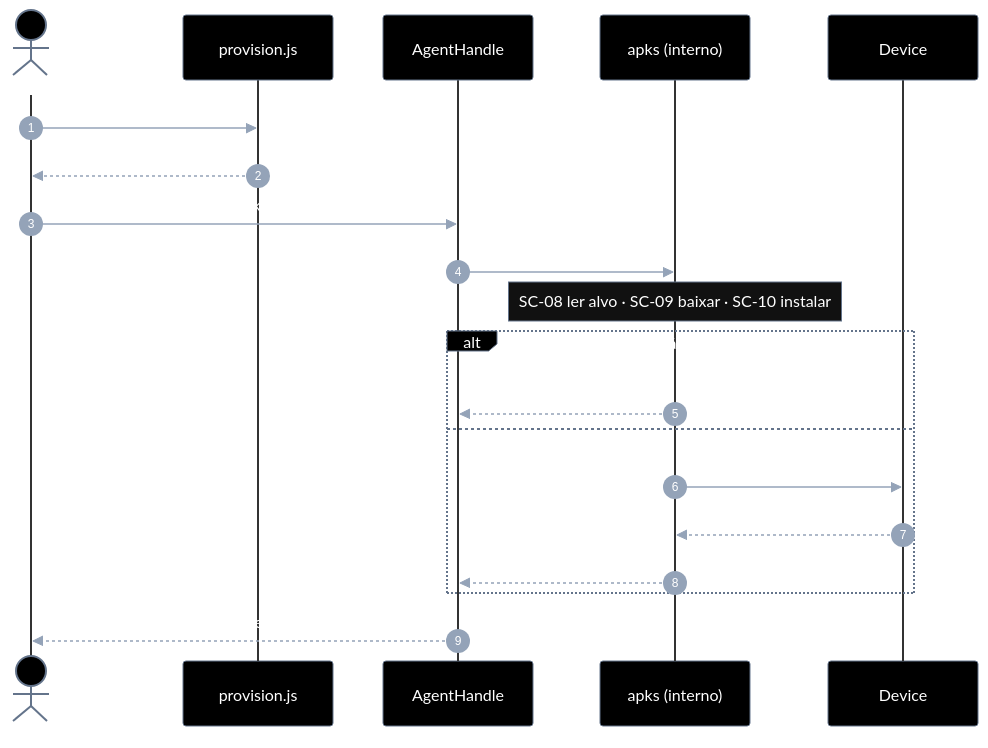
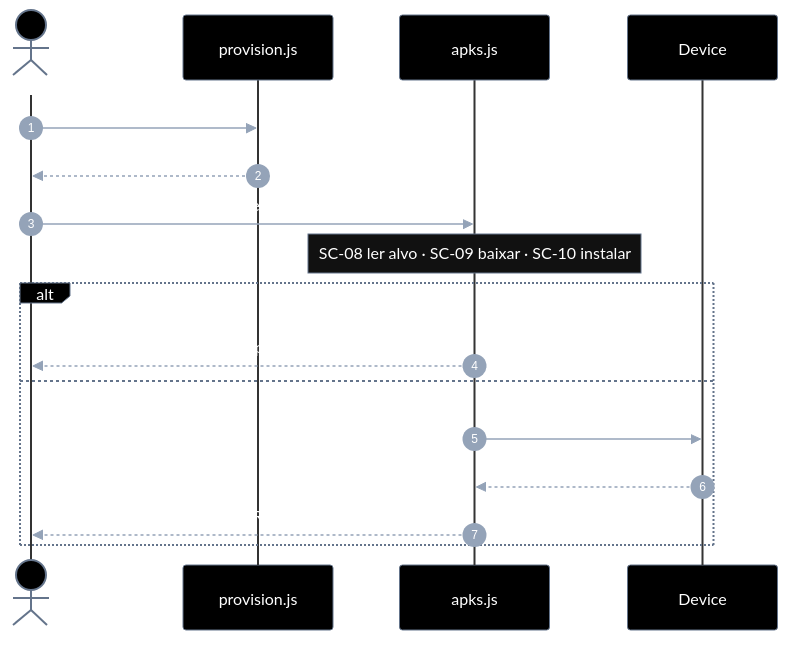
Before and after one commit to laerciogermano/workstation: the first of 2 diagrams in screen-robot/implementation-plan/EP-03-instalar-apks.md, drawn with Mermaid. The commit also changed other lines of this file and 49 other files, not shown here.

````diff
--- a/screen-robot/implementation-plan/EP-03-instalar-apks.md
+++ b/screen-robot/implementation-plan/EP-03-instalar-apks.md
@@ -111,65 +107,62 @@
 ```mermaid
 ---
 config:
   theme: base
   themeVariables:
     darkMode: true
     background: '#000000'
     primaryColor: '#000000'
     primaryTextColor: '#ffffff'
     primaryBorderColor: '#64748b'
     secondaryColor: '#000000'
     secondaryTextColor: '#ffffff'
     secondaryBorderColor: '#64748b'
     tertiaryColor: '#000000'
     tertiaryTextColor: '#ffffff'
     tertiaryBorderColor: '#64748b'
     lineColor: '#64748b'
     textColor: '#ffffff'
     mainBkg: '#000000'
     nodeBorder: '#64748b'
     clusterBkg: '#000000'
     clusterBorder: '#333333'
     titleColor: '#ffffff'
     edgeLabelBackground: '#000000'
     actorBkg: '#000000'
     actorBorder: '#64748b'
     actorTextColor: '#ffffff'
     actorLineColor: '#333333'
     signalColor: '#94a3b8'
     signalTextColor: '#ffffff'
     labelBoxBkgColor: '#000000'
     labelBoxBorderColor: '#64748b'
     labelTextColor: '#ffffff'
     loopTextColor: '#ffffff'
     noteBorderColor: '#64748b'
     noteBkgColor: '#111111'
     noteTextColor: '#ffffff'
     activationBorderColor: '#64748b'
     activationBkgColor: '#1a1a1a'
     sequenceNumberColor: '#ffffff'
     classText: '#ffffff'
 ---
 sequenceDiagram
   autonumber
   actor Dev as Caller
   participant P as provision.js
-  participant H as AgentHandle
-  participant K as apks (interno)
+  participant K as apks.js
   participant D as Device
 
   Dev->>P: provisionEmulator(cfg)
-  P-->>Dev: handle
+  P-->>Dev: { serial, kind, … }
 
-  Dev->>H: installApk(app)
-  H->>K: installApk(serial, app)
+  Dev->>K: installApk({ serial, …app })
   note over K: SC-08 ler alvo · SC-09 baixar · SC-10 instalar
   alt já na versão
-    K-->>H: skipped
+    K-->>Dev: skipped
   else
     K->>D: download + adb install
     D-->>K: ok
-    K-->>H: installed
+    K-->>Dev: InstallResult
   end
-  H-->>Dev: InstallResult
 ```
````
